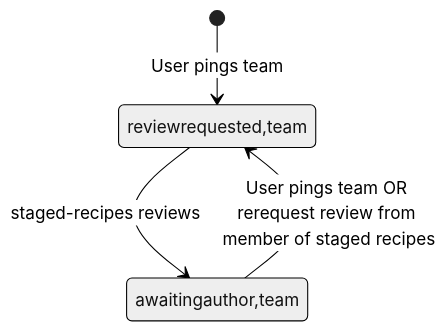
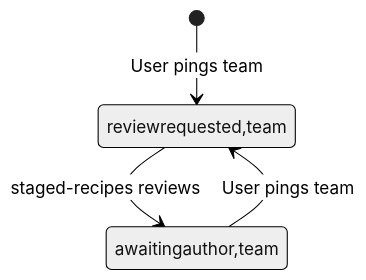
Before and after one commit to carterbox/test-labeler: the second of 2 diagrams in README.md, drawn with Mermaid (neutral theme). The commit also changed other lines of this file, not shown here.

````diff
--- a/README.md
+++ b/README.md
@@ -42,6 +46,6 @@
 ```mermaid
 stateDiagram-v2
     [*] --> reviewrequested,team: User pings team
     reviewrequested,team --> awaitingauthor,team: staged-recipes reviews
-    awaitingauthor,team --> reviewrequested,team: User pings team OR rerequest review from member of staged recipes
+    awaitingauthor,team --> reviewrequested,team: User pings team
 ```
````
